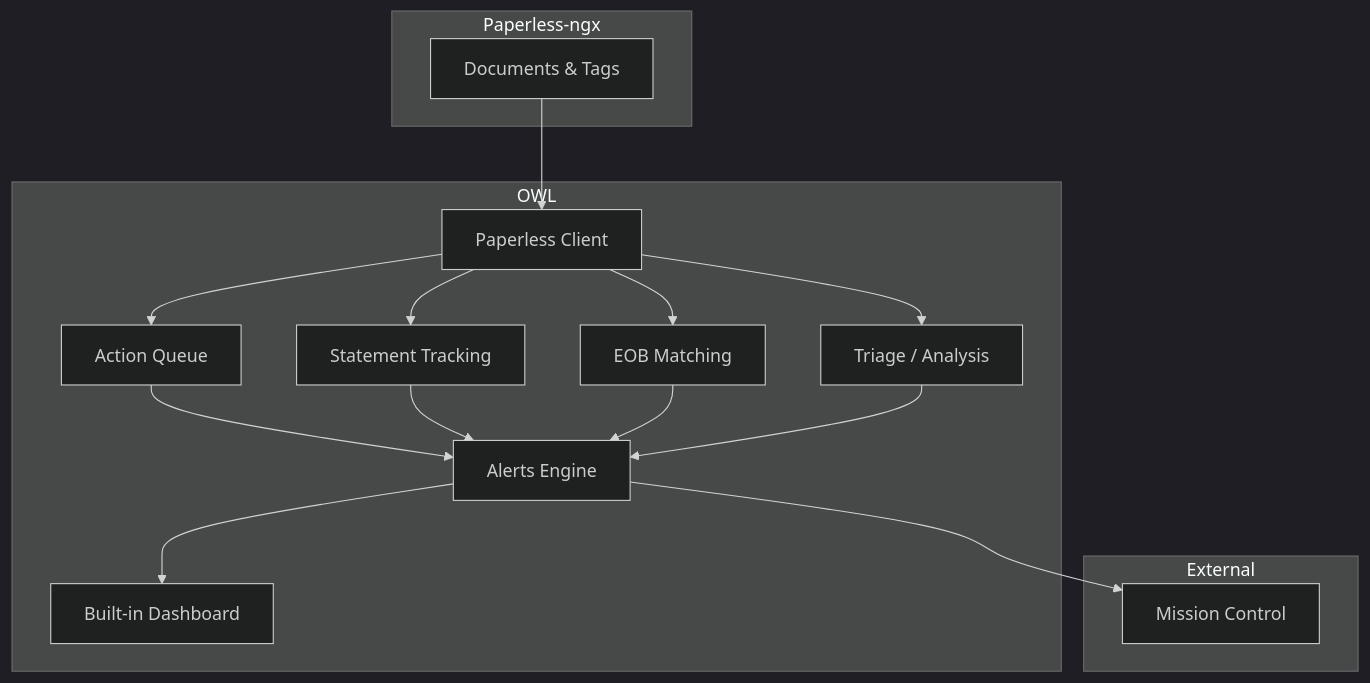
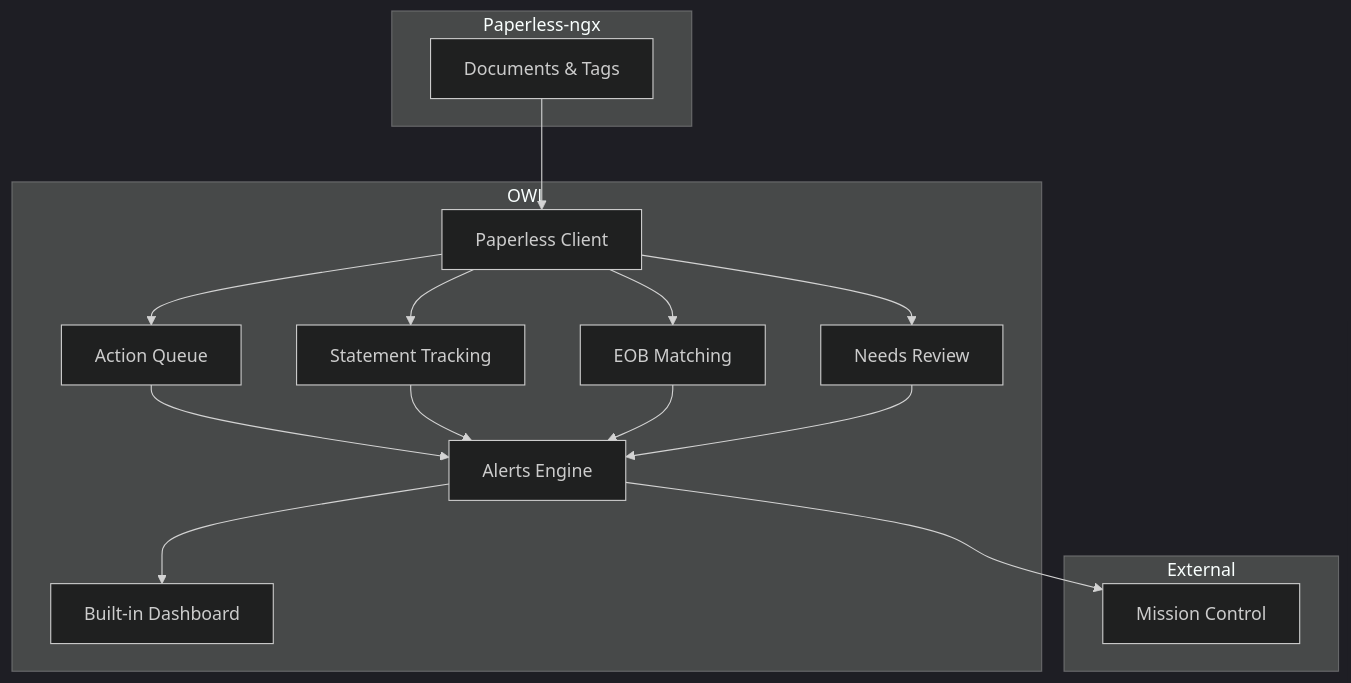
The second of 3 diagrams in docs/architecture/index.md (rsocko/owl), drawn with Mermaid (dark theme) before and after one commit. The commit also changed other lines of this file and 15 other files, not shown here.

First line of the commit message:
Rename triage queue to Needs Review

````diff
--- a/docs/architecture/index.md
+++ b/docs/architecture/index.md
@@ -67,32 +67,32 @@
 ```mermaid
 flowchart TD
     subgraph Paperless-ngx
         docs[Documents & Tags]
     end
 
     subgraph OWL
         client[Paperless Client]
         aq[Action Queue]
         st[Statement Tracking]
         eob[EOB Matching]
-        triage[Triage / Analysis]
+        triage[Needs Review]
         alerts[Alerts Engine]
         ui[Built-in Dashboard]
     end
 
     subgraph External
         mc[Mission Control]
     end
 
     docs --> client
     client --> aq
     client --> st
     client --> eob
     client --> triage
     aq --> alerts
     st --> alerts
     eob --> alerts
     triage --> alerts
     alerts --> ui
     alerts --> mc
 ```
````
